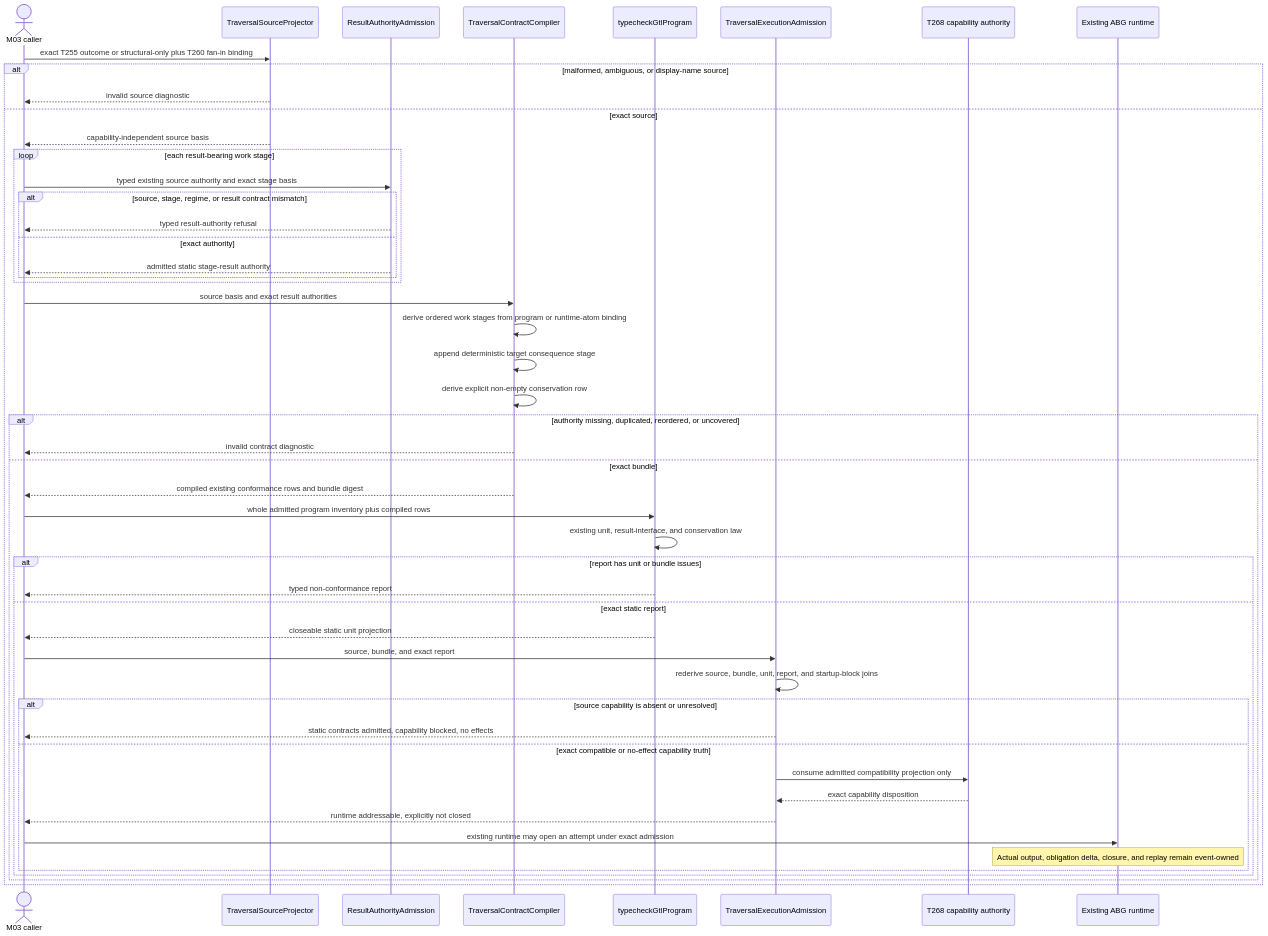
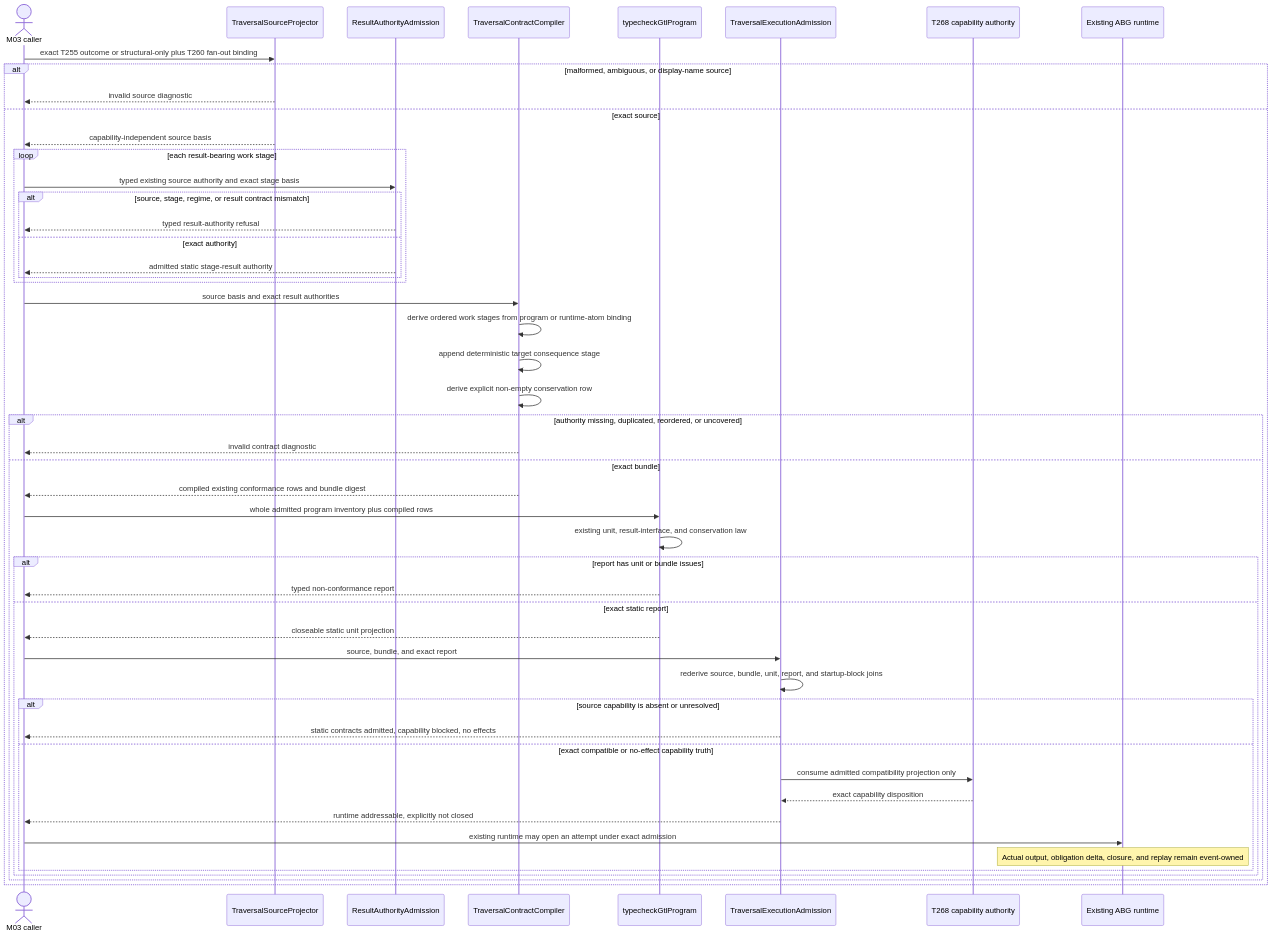
One commit to foolishimp/abiogenesis changed the second of 3 diagrams in build_tenants/abiogenesis/typescript/design/M03_TRAVERSAL_RESULT_BIND_CONSERVATION_BEHAVIOR_DESIGN.md. Above: the diagram before and after it, drawn with Mermaid. The commit also changed other lines of this file and 3 other files, not shown here.

Commit message:
design(abg): correct t267 structural hof source

````diff
--- a/build_tenants/abiogenesis/typescript/design/M03_TRAVERSAL_RESULT_BIND_CONSERVATION_BEHAVIOR_DESIGN.md
+++ b/build_tenants/abiogenesis/typescript/design/M03_TRAVERSAL_RESULT_BIND_CONSERVATION_BEHAVIOR_DESIGN.md
@@ -418,53 +418,53 @@
 ```mermaid
 sequenceDiagram
   actor Caller as M03 caller
   participant Source as TraversalSourceProjector
   participant Result as ResultAuthorityAdmission
   participant Compiler as TraversalContractCompiler
   participant Typecheck as typecheckGtlProgram
   participant Gate as TraversalExecutionAdmission
   participant Capability as T268 capability authority
   participant Runtime as Existing ABG runtime
 
-  Caller->>Source: exact T255 outcome or structural-only plus T260 fan-in binding
+  Caller->>Source: exact T255 outcome or structural-only plus T260 fan-out binding
   alt malformed, ambiguous, or display-name source
     Source-->>Caller: invalid source diagnostic
   else exact source
     Source-->>Caller: capability-independent source basis
     loop each result-bearing work stage
       Caller->>Result: typed existing source authority and exact stage basis
       alt source, stage, regime, or result contract mismatch
         Result-->>Caller: typed result-authority refusal
       else exact authority
         Result-->>Caller: admitted static stage-result authority
       end
     end
     Caller->>Compiler: source basis and exact result authorities
     Compiler->>Compiler: derive ordered work stages from program or runtime-atom binding
     Compiler->>Compiler: append deterministic target consequence stage
     Compiler->>Compiler: derive explicit non-empty conservation row
     alt authority missing, duplicated, reordered, or uncovered
       Compiler-->>Caller: invalid contract diagnostic
     else exact bundle
       Compiler-->>Caller: compiled existing conformance rows and bundle digest
       Caller->>Typecheck: whole admitted program inventory plus compiled rows
       Typecheck->>Typecheck: existing unit, result-interface, and conservation law
       alt report has unit or bundle issues
         Typecheck-->>Caller: typed non-conformance report
       else exact static report
         Typecheck-->>Caller: closeable static unit projection
         Caller->>Gate: source, bundle, and exact report
         Gate->>Gate: rederive source, bundle, unit, report, and startup-block joins
         alt source capability is absent or unresolved
           Gate-->>Caller: static contracts admitted, capability blocked, no effects
         else exact compatible or no-effect capability truth
           Gate->>Capability: consume admitted compatibility projection only
           Capability-->>Gate: exact capability disposition
           Gate-->>Caller: runtime addressable, explicitly not closed
           Caller->>Runtime: existing runtime may open an attempt under exact admission
           Note over Runtime: Actual output, obligation delta, closure, and replay remain event-owned
         end
       end
     end
   end
 ```
````
